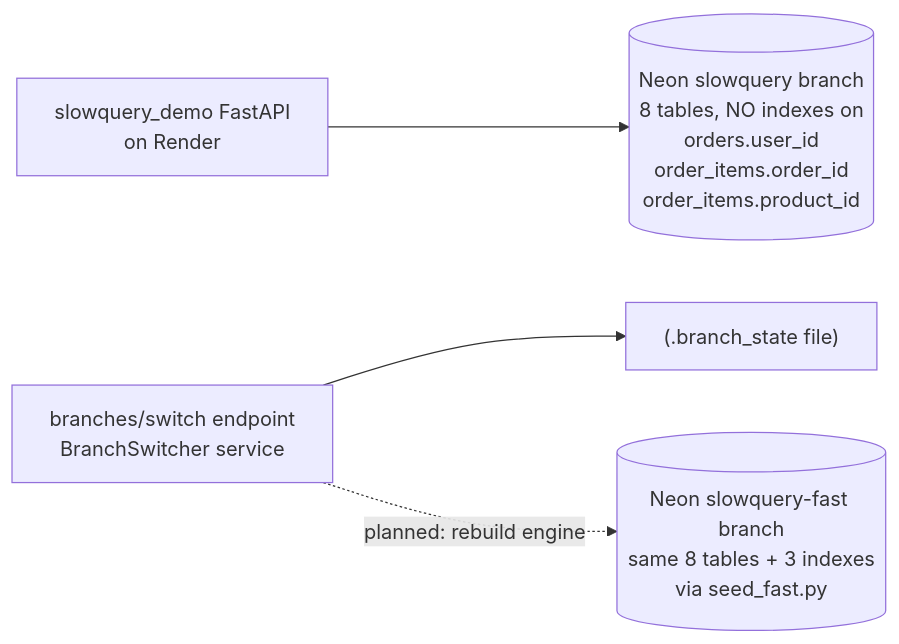
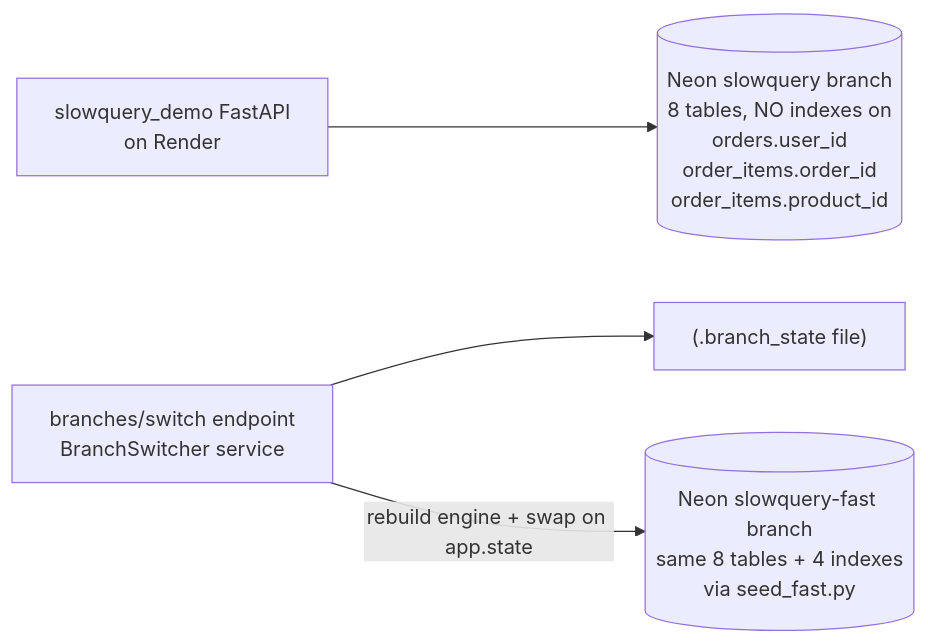
The fifth of 5 diagrams in docs/ARCHITECTURE.md (Abdul-Muizz1310/slowquery-demo-backend), drawn with Mermaid before and after one commit. The commit also changed other lines of this file and 6 other files, not shown here.

````diff
--- a/docs/ARCHITECTURE.md
+++ b/docs/ARCHITECTURE.md
@@ -174,12 +174,12 @@
 ```mermaid
 flowchart LR
     App["slowquery_demo FastAPI<br/>on Render"]
     Switch["branches/switch endpoint<br/>BranchSwitcher service"]
     BranchState["(.branch_state file)"]
     Slow[("Neon slowquery branch<br/>8 tables, NO indexes on<br/>orders.user_id<br/>order_items.order_id<br/>order_items.product_id")]
-    Fast[("Neon slowquery-fast branch<br/>same 8 tables + 3 indexes<br/>via seed_fast.py")]
+    Fast[("Neon slowquery-fast branch<br/>same 8 tables + 4 indexes<br/>via seed_fast.py")]
 
     App --> Slow
     Switch --> BranchState
-    Switch -. "planned: rebuild engine" .-> Fast
+    Switch -- "rebuild engine + swap on app.state" --> Fast
 ```
````
